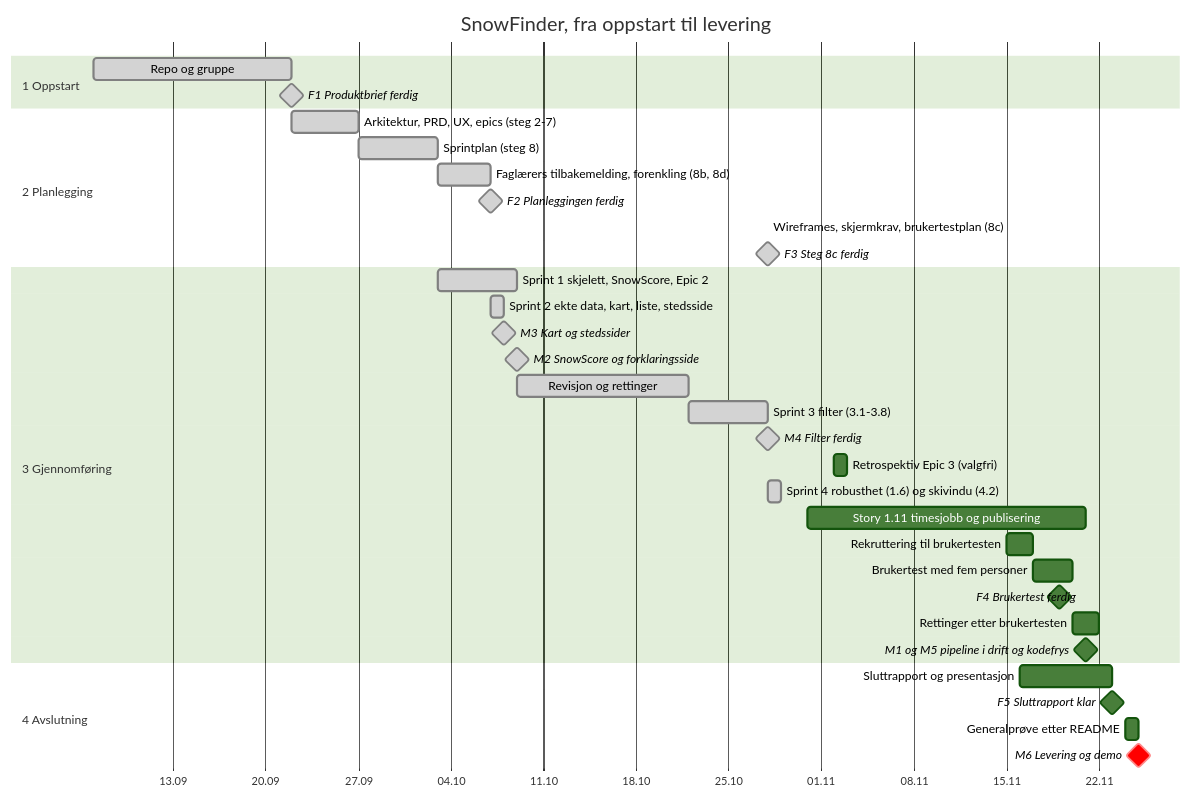
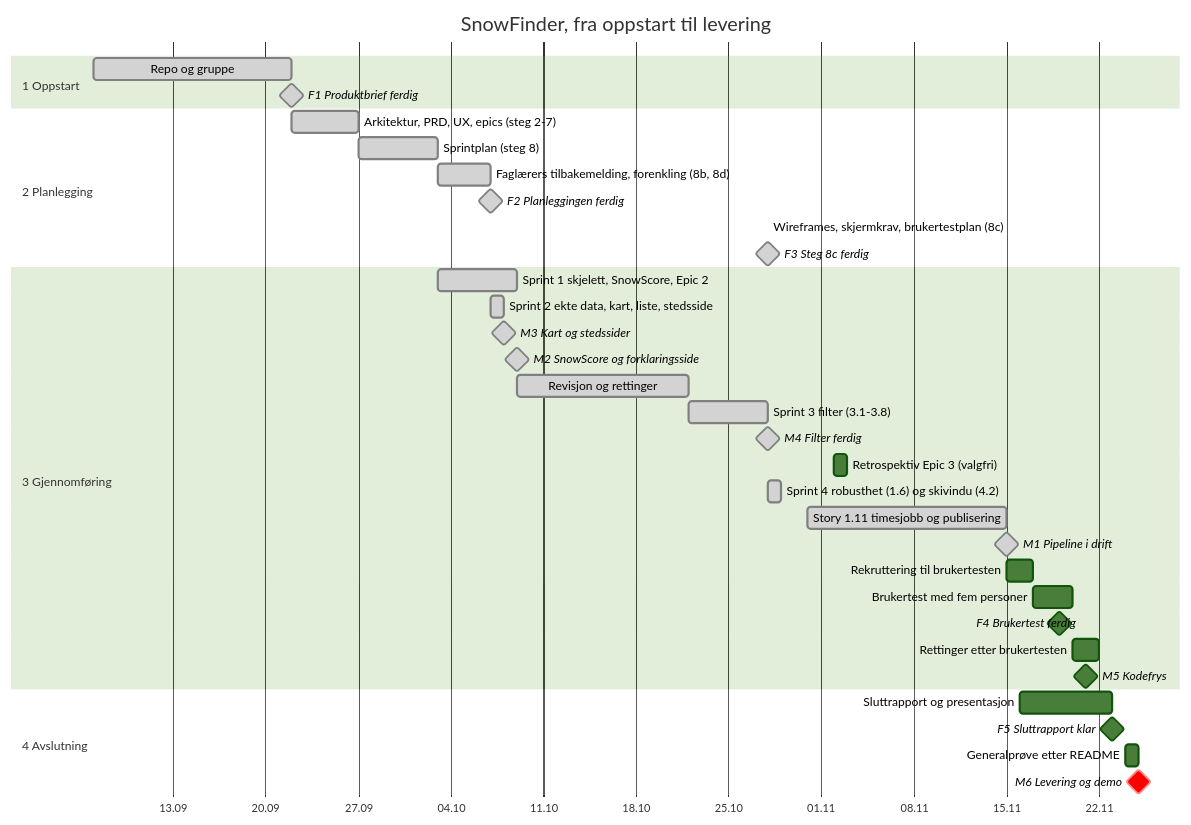
Before and after one commit to IBE160-2026/G18-bikila-dymbe-gela-james: the diagram in project-phase-folders/3-Gjennomføringsfasen/fremdriftsplan.md, drawn with Mermaid (forest theme). The commit also changed other lines of this file and 3 other files, not shown here.

Commit message:
docs: Story 1.11, sett timesjobben til done etter måling i drift

````diff
--- a/project-phase-folders/3-Gjennomføringsfasen/fremdriftsplan.md
+++ b/project-phase-folders/3-Gjennomføringsfasen/fremdriftsplan.md
@@ -308,41 +310,42 @@
 ```mermaid
 gantt
     title SnowFinder, fra oppstart til levering
     dateFormat YYYY-MM-DD
     axisFormat %d.%m
 
     section 1 Oppstart
     Repo og gruppe                                : done, 2026-09-07, 2026-09-22
     F1 Produktbrief ferdig                        : milestone, done, 2026-09-22, 0d
 
     section 2 Planlegging
     Arkitektur, PRD, UX, epics (steg 2-7)         : done, 2026-09-22, 2026-09-27
     Sprintplan (steg 8)                           : done, 2026-09-27, 2026-10-03
     Faglærers tilbakemelding, forenkling (8b, 8d) : done, 2026-10-03, 2026-10-07
     F2 Planleggingen ferdig                       : milestone, done, 2026-10-07, 0d
     Wireframes, skjermkrav, brukertestplan (8c)   : done, 2026-10-28, 2026-10-28
     F3 Steg 8c ferdig                             : milestone, done, 2026-10-28, 0d
 
     section 3 Gjennomføring
     Sprint 1 skjelett, SnowScore, Epic 2          : done, 2026-10-03, 2026-10-09
     Sprint 2 ekte data, kart, liste, stedsside    : done, 2026-10-07, 2026-10-08
     M3 Kart og stedssider                         : milestone, done, 2026-10-08, 0d
     M2 SnowScore og forklaringsside               : milestone, done, 2026-10-09, 0d
     Revisjon og rettinger                         : done, 2026-10-09, 2026-10-22
     Sprint 3 filter (3.1-3.8)                     : done, 2026-10-22, 2026-10-28
     M4 Filter ferdig                              : milestone, done, 2026-10-28, 0d
     Retrospektiv Epic 3 (valgfri)                 : 2026-11-02, 2026-11-03
     Sprint 4 robusthet (1.6) og skivindu (4.2)    : done, 2026-10-28, 2026-10-29
-    Story 1.11 timesjobb og publisering           : 2026-10-31, 2026-11-21
+    Story 1.11 timesjobb og publisering           : done, 2026-10-31, 2026-11-15
+    M1 Pipeline i drift                           : milestone, done, 2026-11-15, 0d
     Rekruttering til brukertesten                 : 2026-11-15, 2026-11-17
     Brukertest med fem personer                   : 2026-11-17, 2026-11-20
     F4 Brukertest ferdig                          : milestone, 2026-11-19, 0d
     Rettinger etter brukertesten                  : 2026-11-20, 2026-11-22
-    M1 og M5 pipeline i drift og kodefrys         : milestone, 2026-11-21, 0d
+    M5 Kodefrys                                   : milestone, 2026-11-21, 0d
 
     section 4 Avslutning
     Sluttrapport og presentasjon                  : 2026-11-16, 2026-11-23
     F5 Sluttrapport klar                          : milestone, 2026-11-23, 0d
     Generalprøve etter README                     : 2026-11-24, 2026-11-25
     M6 Levering og demo                           : milestone, crit, 2026-11-25, 0d
 ```
````
